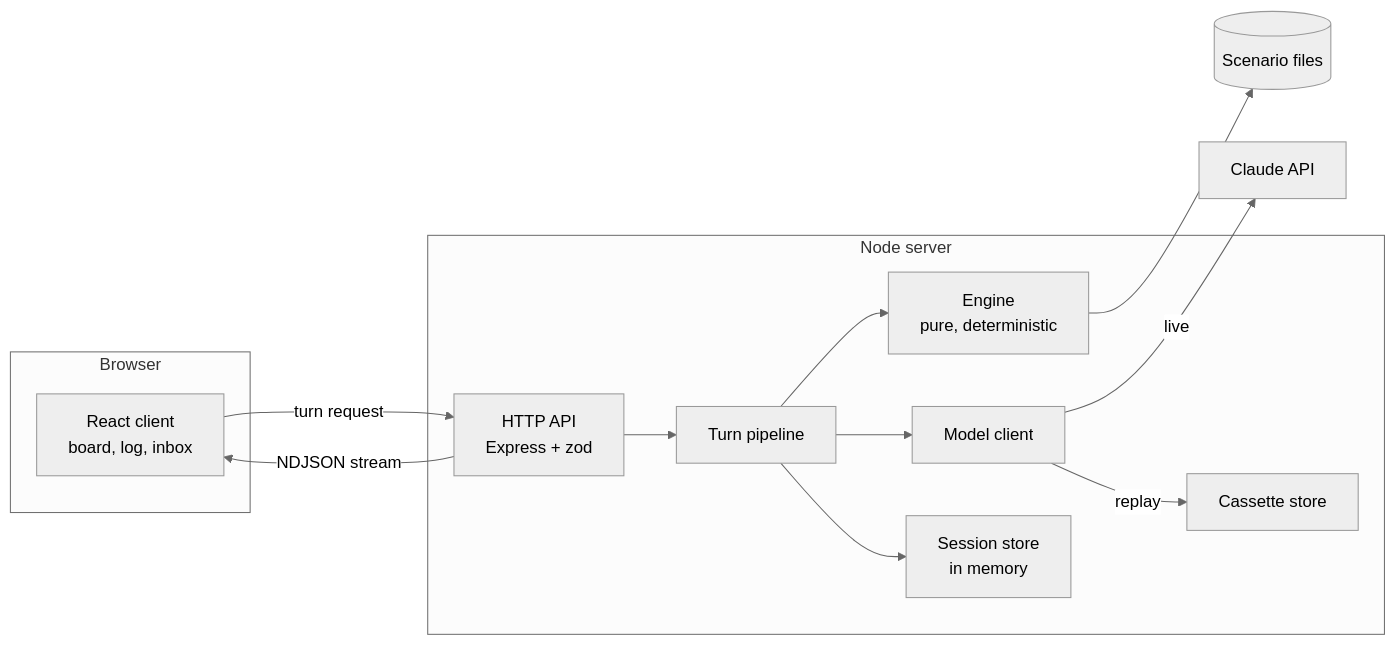
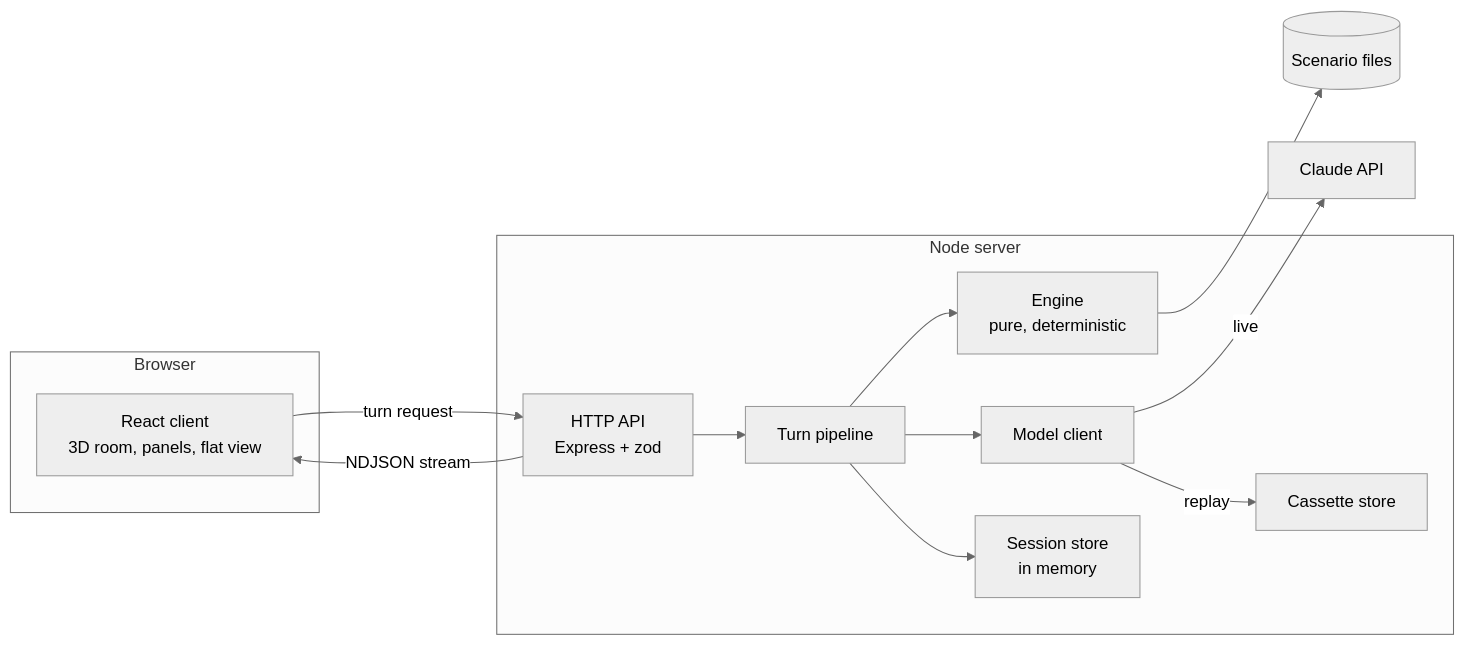
Before and after one commit to futuresfsake/BrownOut: the first of 3 diagrams in docs/03-design/high-level-design.md, drawn with Mermaid (neutral theme). The commit also changed other lines of this file and 12 other files, not shown here.

````diff
--- a/docs/03-design/high-level-design.md
+++ b/docs/03-design/high-level-design.md
@@ -5,26 +5,26 @@
 ```mermaid
 flowchart LR
   subgraph Browser
-    UI[React client<br/>board, log, inbox]
+    UI[React client<br/>3D room, panels, flat view]
   end
   subgraph Server[Node server]
     API[HTTP API<br/>Express + zod]
     SESS[Session store<br/>in memory]
     PIPE[Turn pipeline]
     ENG[Engine<br/>pure, deterministic]
     MC[Model client]
     CASS[Cassette store]
   end
   SCN[(Scenario files)]
   LLM[Claude API]
 
   UI -- turn request --> API
   API -- NDJSON stream --> UI
   API --> PIPE
   PIPE --> ENG
   PIPE --> MC
   MC -- live --> LLM
   MC -- replay --> CASS
   ENG --> SCN
   PIPE --> SESS
 ```
````
